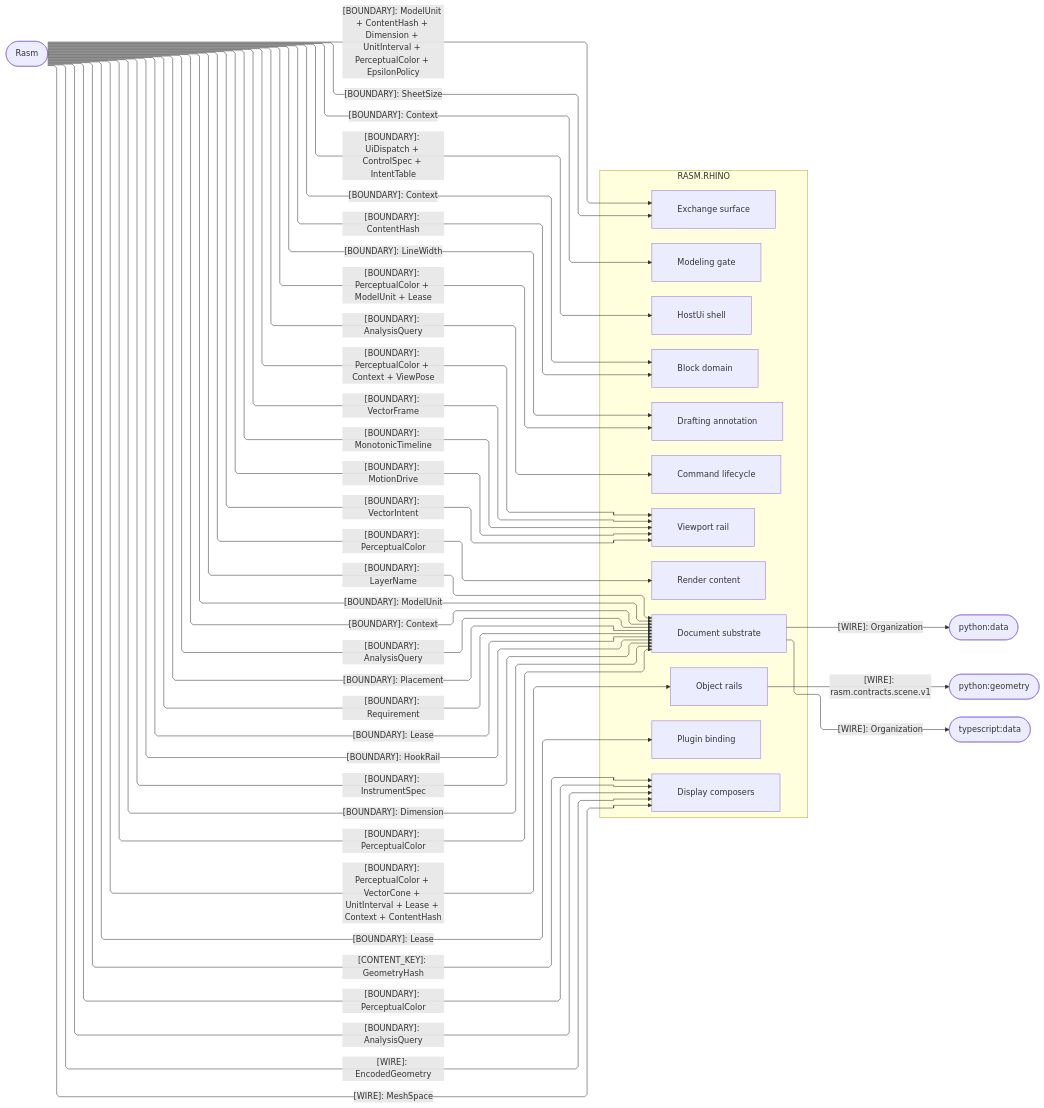
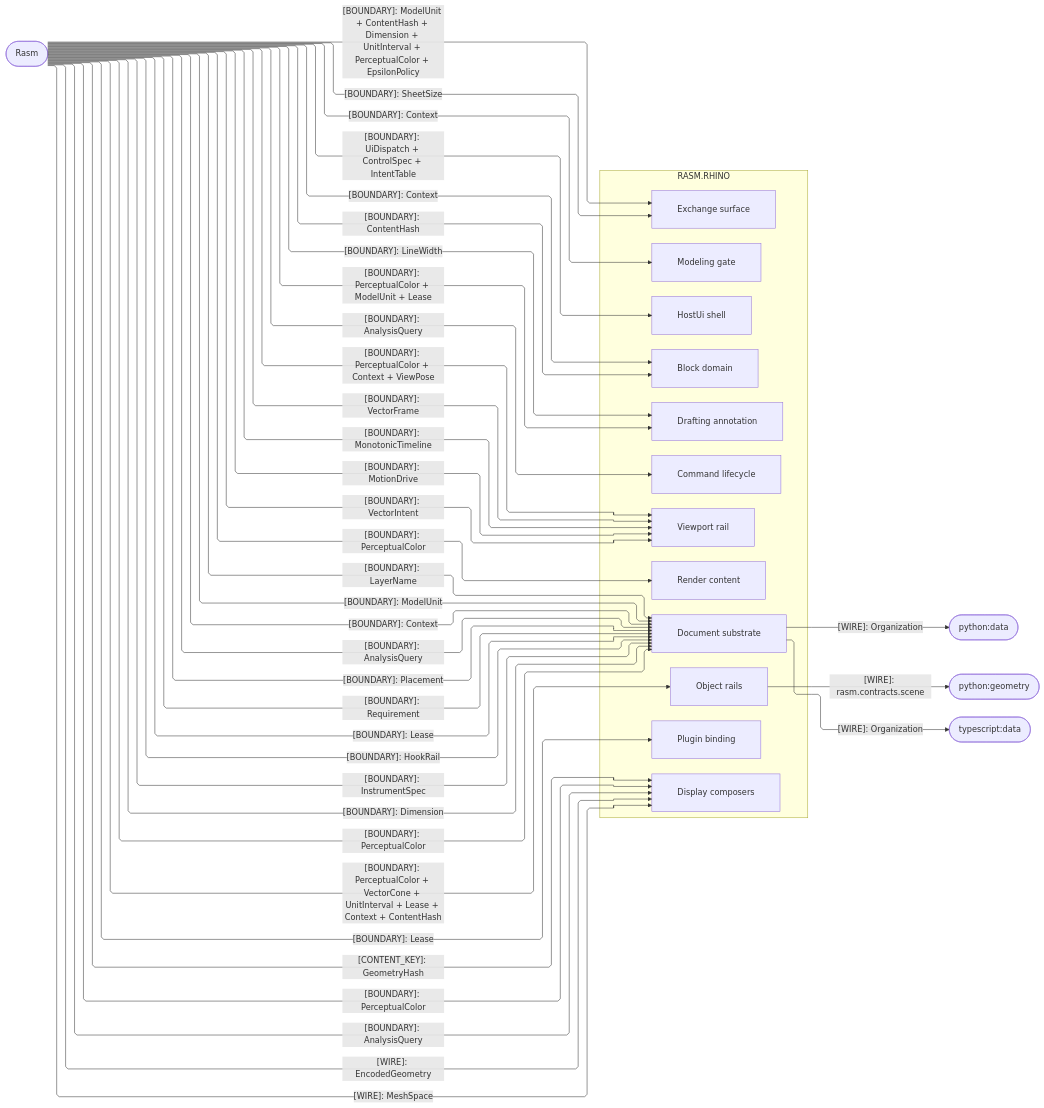
The second of 3 diagrams in libs/csharp/Rasm.Rhino/ARCHITECTURE.md (bsamiee/Rasm), drawn with Mermaid before and after one commit. The commit also changed other lines of this file and 640 other files, not shown here.

````diff
--- a/libs/csharp/Rasm.Rhino/ARCHITECTURE.md
+++ b/libs/csharp/Rasm.Rhino/ARCHITECTURE.md
@@ -173,66 +173,66 @@
 ```mermaid
 ---
 config:
   layout: elk
   flowchart:
     curve: linear
     padding: 25
 ---
 flowchart LR
     accTitle: Rasm.Rhino kernel-boundary seams
     accDescr: Which frozen-name kernel contracts the Rhino boundary consumes, one edge per contract family, and which wires its bands emit to peers.
     subgraph rhino[RASM.RHINO]
         Document[Document substrate]
         Objects[Object rails]
         Commands[Command lifecycle]
         Blocks[Block domain]
         Modeling[Modeling gate]
         Annotation[Drafting annotation]
         Viewport[Viewport rail]
         Display[Display composers]
         Render[Render content]
         Exchange[Exchange surface]
         HostUi[HostUi shell]
         Plugin[Plugin binding]
     end
     Rasm([Rasm])
     PyData([python:data])
     PyGeometry([python:geometry])
     TsData([typescript:data])
     Rasm e1@-->|"[BOUNDARY]: ModelUnit"| Document
     Rasm e2@-->|"[BOUNDARY]: Context"| Document
     Rasm e3@-->|"[BOUNDARY]: AnalysisQuery"| Document
     Rasm e4@-->|"[BOUNDARY]: Placement"| Document
     Rasm e5@-->|"[BOUNDARY]: Requirement"| Document
     Rasm e6@-->|"[BOUNDARY]: Lease"| Document
     Rasm e7@-->|"[BOUNDARY]: HookRail"| Document
     Rasm e8@-->|"[BOUNDARY]: InstrumentSpec"| Document
     Rasm e9@-->|"[BOUNDARY]: Dimension"| Document
     Rasm e10@-->|"[BOUNDARY]: PerceptualColor"| Document
     Rasm e11@-->|"[BOUNDARY]: LayerName"| Document
     Rasm e12@-->|"[BOUNDARY]: VectorFrame"| Viewport
     Rasm e13@-->|"[BOUNDARY]: AnalysisQuery"| Commands
     Rasm e14@-->|"[BOUNDARY]: UiDispatch + ControlSpec + IntentTable"| HostUi
     Rasm e15@-->|"[BOUNDARY]: MonotonicTimeline"| Viewport
     Rasm e16@-->|"[BOUNDARY]: MotionDrive"| Viewport
     Rasm e17@-->|"[BOUNDARY]: SheetSize"| Exchange
     Rasm e18@-->|"[BOUNDARY]: VectorIntent"| Viewport
     Rasm e19@-->|"[BOUNDARY]: Context"| Modeling
     Rasm e20@-->|"[BOUNDARY]: ContentHash"| Blocks
     Rasm e21@-->|"[BOUNDARY]: PerceptualColor"| Display
     Rasm e22@-->|"[BOUNDARY]: AnalysisQuery"| Display
     Rasm e23@-->|"[BOUNDARY]: PerceptualColor"| Render
     Rasm e24@-->|"[BOUNDARY]: PerceptualColor + Context + ViewPose"| Viewport
     Rasm e25@-->|"[BOUNDARY]: PerceptualColor + ModelUnit + Lease"| Annotation
     Rasm e26@-->|"[BOUNDARY]: LineWidth"| Annotation
     Rasm e27@-->|"[BOUNDARY]: Context"| Blocks
     Rasm e28@-->|"[BOUNDARY]: ModelUnit + ContentHash + Dimension + UnitInterval + PerceptualColor + EpsilonPolicy"| Exchange
     Rasm e29@-->|"[BOUNDARY]: Lease"| Plugin
     Rasm e30@-->|"[WIRE]: EncodedGeometry"| Display
     Rasm e31@-->|"[WIRE]: MeshSpace"| Display
     Rasm e32@-->|"[CONTENT_KEY]: GeometryHash"| Display
     Rasm e33@-->|"[BOUNDARY]: PerceptualColor + VectorCone + UnitInterval + Lease + Context + ContentHash"| Objects
     Document e34@-->|"[WIRE]: Organization"| PyData
     Document e35@-->|"[WIRE]: Organization"| TsData
-    Objects e36@-->|"[WIRE]: rasm.contracts.scene.v1"| PyGeometry
+    Objects e36@-->|"[WIRE]: rasm.contracts.scene"| PyGeometry
 ```
````
